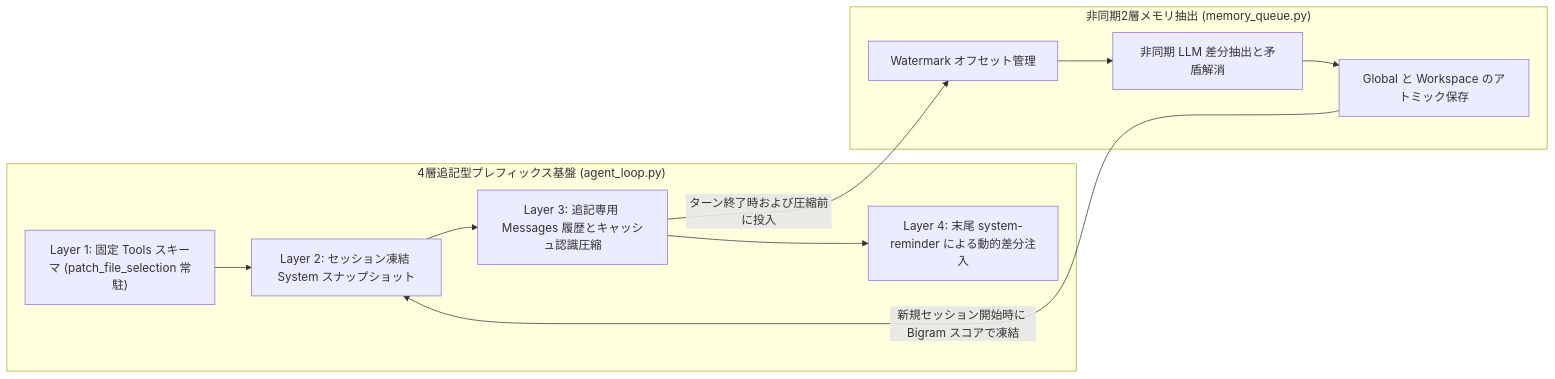
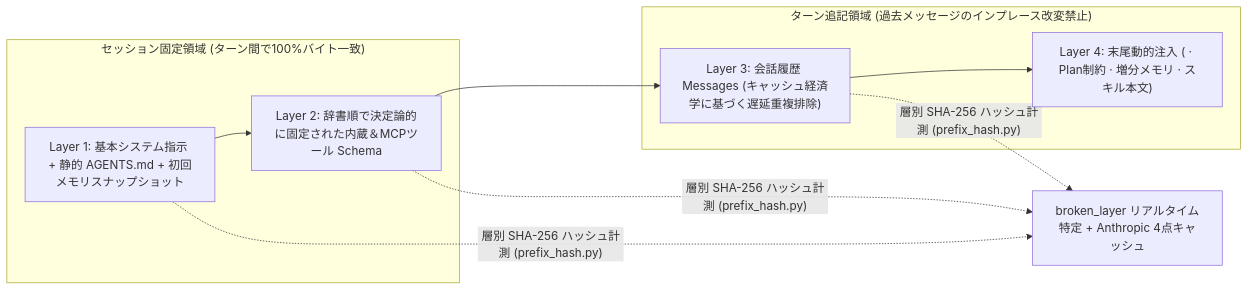
Before and after one commit to HelmAgent/Helm_website: the first of 3 diagrams in docs/ja/architecture/memory-and-rag.md, drawn with Mermaid. The commit also changed other lines of this file and 57 other files, not shown here.

Commit message:
docs(architecture): add detailed documentation for the 5-Tier Permission Sandbox, Zero-RTT Intent Engine, and Open Ecosystem; include core modules, empirical evidence, and interactive permission modes for enhanced clarity and functionality

````diff
--- a/docs/ja/architecture/memory-and-rag.md
+++ b/docs/ja/architecture/memory-and-rag.md
@@ -25,20 +16,15 @@
 ```mermaid
 flowchart LR
-  subgraph PrefixEngine["4層追記型プレフィックス基盤 (agent_loop.py)"]
-    L1["Layer 1: 固定 Tools スキーマ (patch_file_selection 常駐)"]
-    L2["Layer 2: セッション凍結 System スナップショット"]
-    L3["Layer 3: 追記専用 Messages 履歴とキャッシュ認識圧縮"]
-    L4["Layer 4: 末尾 system-reminder による動的差分注入"]
-    L1 --> L2 --> L3 --> L4
+  subgraph Frozen["セッション固定領域 (ターン間で100%バイト一致)"]
+    L1["Layer 1: 基本システム指示 + 静的 AGENTS.md + 初回メモリスナップショット"]
+    L2["Layer 2: 辞書順で決定論的に固定された内蔵＆MCPツール Schema"]
   end
 
-  subgraph AsyncMemory["非同期2層メモリ抽出 (memory_queue.py)"]
-    Watermark["Watermark オフセット管理"]
-    Extractor["非同期 LLM 差分抽出と矛盾解消"]
-    Storage["Global と Workspace のアトミック保存"]
-    Watermark --> Extractor --> Storage
+  subgraph AppendOnly["ターン追記領域 (過去メッセージのインプレース改変禁止)"]
+    L3["Layer 3: 会話履歴 Messages (キャッシュ経済学に基づく遅延重複排除)"]
+    L4["Layer 4: 末尾動的注入 (<system-reminder> · Plan制約 · 増分メモリ · スキル本文)"]
   end
 
-  L3 -- "ターン終了時および圧縮前に投入" --> Watermark
-  Storage -- "新規セッション開始時に Bigram スコアで凍結" --> L2
+  L1 --> L2 --> L3 --> L4
+  L1 & L2 & L3 -.->|"層別 SHA-256 ハッシュ計測 (prefix_hash.py)"| Audit["broken_layer リアルタイム特定 + Anthropic 4点キャッシュ"]
 ```
````
